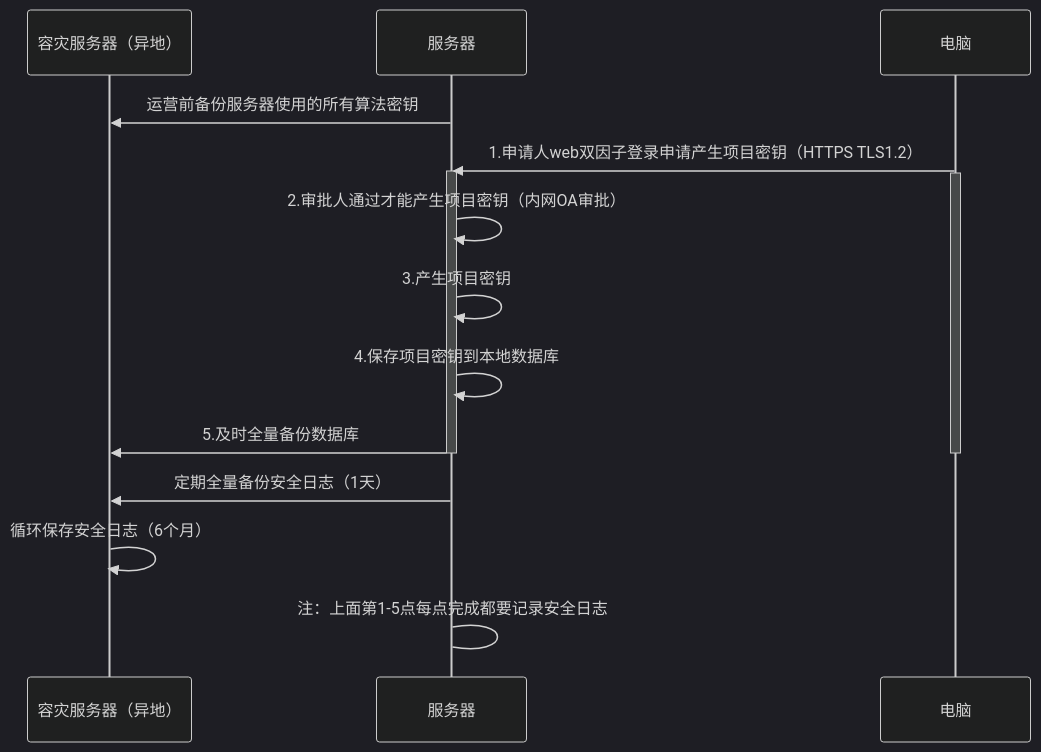
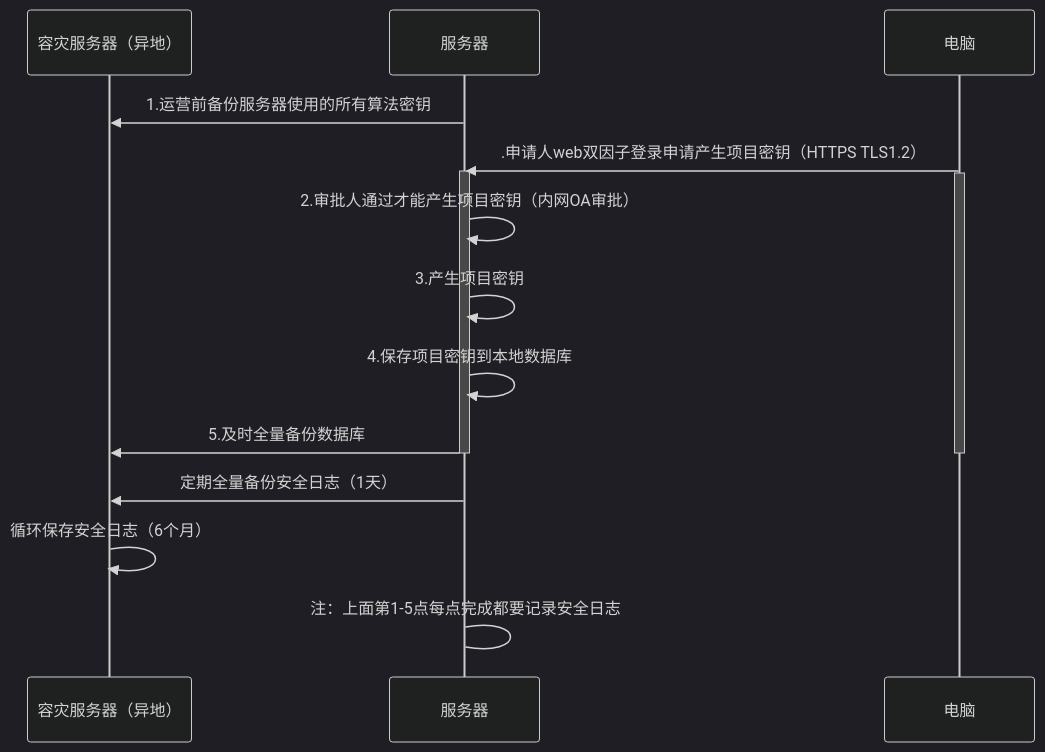
Before and after one commit to facebook-cloud/iodraw-files: the diagram in all/未命名-25.md, drawn with Mermaid (dark theme).

Commit message:
2026-04-21 14:14:39 update

````diff
--- a/all/未命名-25.md
+++ b/all/未命名-25.md
@@ -1,26 +1,26 @@
 ```mermaid
 sequenceDiagram
     participant A as 容灾服务器（异地）
     participant B as 服务器
     participant D as 电脑
 
-    B->>A: 运营前备份服务器使用的所有算法密钥
-    D->>B: 1.申请人web双因子登录申请产生项目密钥（HTTPS TLS1.2）
+    B->>A: 1.运营前备份服务器使用的所有算法密钥
+    D->>B: .申请人web双因子登录申请产生项目密钥（HTTPS TLS1.2）
     activate B
     activate D
     B->>B: 2.审批人通过才能产生项目密钥（内网OA审批）
     B->>B: 3.产生项目密钥
     B->>B: 4.保存项目密钥到本地数据库
     B->>A: 5.及时全量备份数据库
 
     deactivate B
     deactivate D
 
     B->>A: 定期全量备份安全日志（1天）
     A->>A: 循环保存安全日志（6个月）
     
     B->B: 注：上面第1-5点每点完成都要记录安全日志
 
     
 
 ```
````
